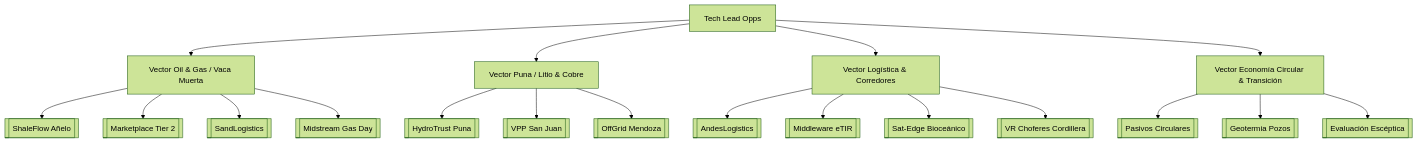
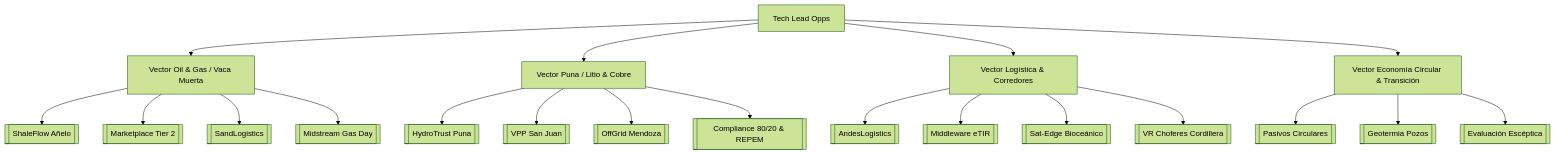
The diagram in wiki/05 Tech Lead Opps/00_Index_Tech_Lead_Opps.md (GustavoDago/argentina-mining-vault), drawn with Mermaid (forest theme) before and after one commit. The commit also changed other lines of this file and 32 other files, not shown here.

````diff
--- a/wiki/05 Tech Lead Opps/00_Index_Tech_Lead_Opps.md
+++ b/wiki/05 Tech Lead Opps/00_Index_Tech_Lead_Opps.md
@@ -138,25 +145,26 @@
 ```mermaid
 graph TD
     Sub[Tech Lead Opps] --> OG[Vector Oil & Gas / Vaca Muerta]
     Sub --> Puna[Vector Puna / Litio & Cobre]
     Sub --> Log[Vector Logística & Corredores]
     Sub --> Circ[Vector Economía Circular & Transición]
 
     OG --> ShaleFlow[[ShaleFlow Añelo]]
     OG --> MktTier2[[Marketplace Tier 2]]
     OG --> SandLog[[SandLogistics]]
     OG --> Midstream[[Midstream Gas Day]]
 
     Puna --> HydroTrust[[HydroTrust Puna]]
     Puna --> VPP[[VPP San Juan]]
     Puna --> OffGrid[[OffGrid Mendoza]]
+    Puna --> Comp8020[[Compliance 80/20 & REPEM]]
 
     Log --> AndesLog[[AndesLogistics]]
     Log --> TIR[[Middleware eTIR]]
     Log --> SatEdge[[Sat-Edge Bioceánico]]
     Log --> VRDriver[[VR Choferes Cordillera]]
 
     Circ --> Pasivos[[Pasivos Circulares]]
     Circ --> Geo[[Geotermia Pozos]]
     Circ --> EvalTech[[Evaluación Escéptica]]
 ```
````
